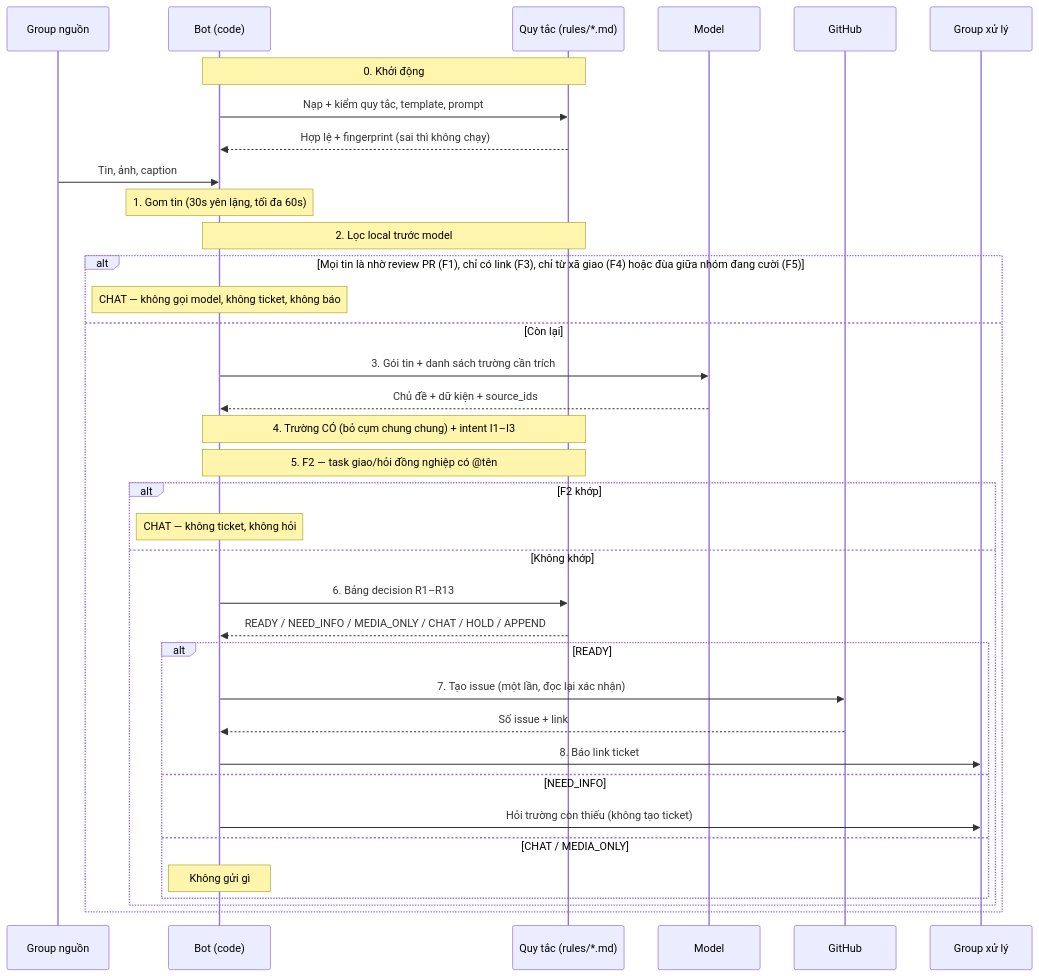
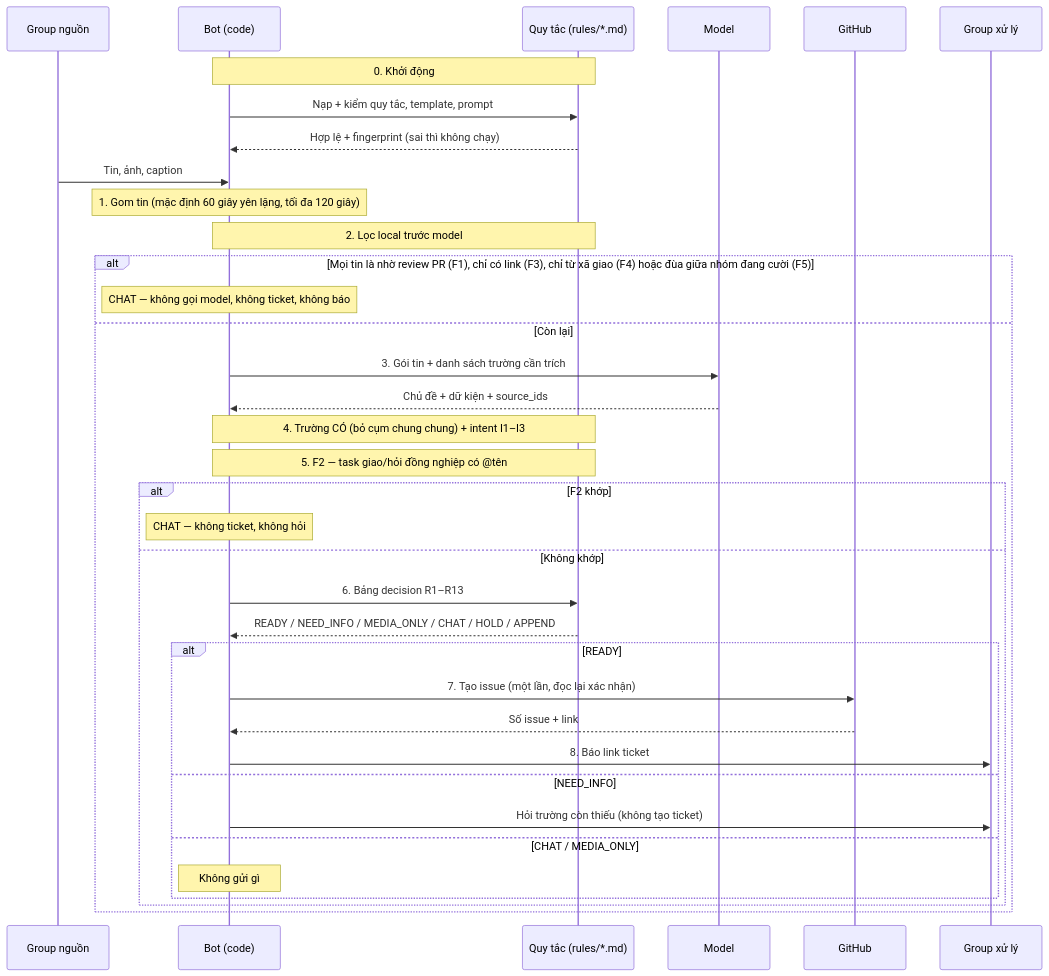
Before and after one commit to SotaThao/Listener-ticket: the third of 8 diagrams in Docs/01-product/telegram-triage-noissue_business-flow_261028_v1.0.0.md, drawn with Mermaid. The commit also changed other lines of this file and 32 other files, not shown here.

````diff
--- a/Docs/01-product/telegram-triage-noissue_business-flow_261028_v1.0.0.md
+++ b/Docs/01-product/telegram-triage-noissue_business-flow_261028_v1.0.0.md
@@ -192,41 +192,41 @@
 ```mermaid
 sequenceDiagram
     participant TG as Group nguồn
     participant Bot as Bot (code)
     participant R as Quy tắc (rules/*.md)
     participant M as Model
     participant GH as GitHub
     participant OPS as Group xử lý
 
     Note over Bot,R: 0. Khởi động
     Bot->>R: Nạp + kiểm quy tắc, template, prompt
     R-->>Bot: Hợp lệ + fingerprint (sai thì không chạy)
 
     TG->>Bot: Tin, ảnh, caption
-    Note over Bot: 1. Gom tin (30s yên lặng, tối đa 60s)
+    Note over Bot: 1. Gom tin (mặc định 60 giây yên lặng, tối đa 120 giây)
 
     Note over Bot,R: 2. Lọc local trước model
     alt Mọi tin là nhờ review PR (F1), chỉ có link (F3), chỉ từ xã giao (F4) hoặc đùa giữa nhóm đang cười (F5)
         Note over Bot: CHAT — không gọi model, không ticket, không báo
     else Còn lại
         Bot->>M: 3. Gói tin + danh sách trường cần trích
         M-->>Bot: Chủ đề + dữ kiện + source_ids
         Note over Bot,R: 4. Trường CÓ (bỏ cụm chung chung) + intent I1–I3
         Note over Bot,R: 5. F2 — task giao/hỏi đồng nghiệp có @tên
         alt F2 khớp
             Note over Bot: CHAT — không ticket, không hỏi
         else Không khớp
             Bot->>R: 6. Bảng decision R1–R13
             R-->>Bot: READY / NEED_INFO / MEDIA_ONLY / CHAT / HOLD / APPEND
             alt READY
                 Bot->>GH: 7. Tạo issue (một lần, đọc lại xác nhận)
                 GH-->>Bot: Số issue + link
                 Bot->>OPS: 8. Báo link ticket
             else NEED_INFO
                 Bot->>OPS: Hỏi trường còn thiếu (không tạo ticket)
             else CHAT / MEDIA_ONLY
                 Note over Bot: Không gửi gì
             end
         end
     end
 ```
````
